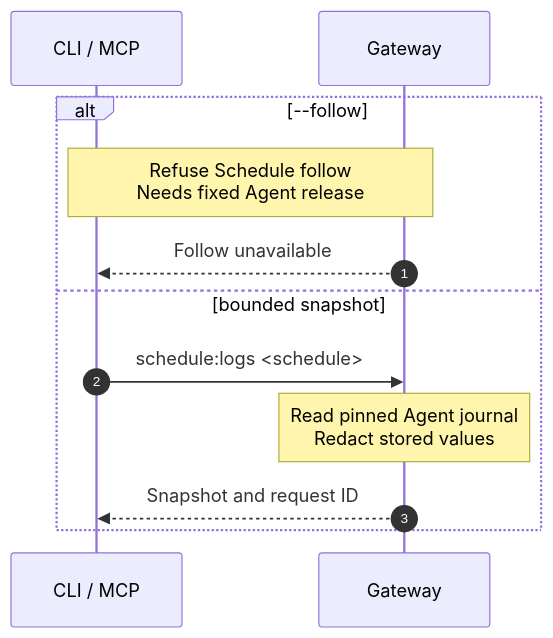
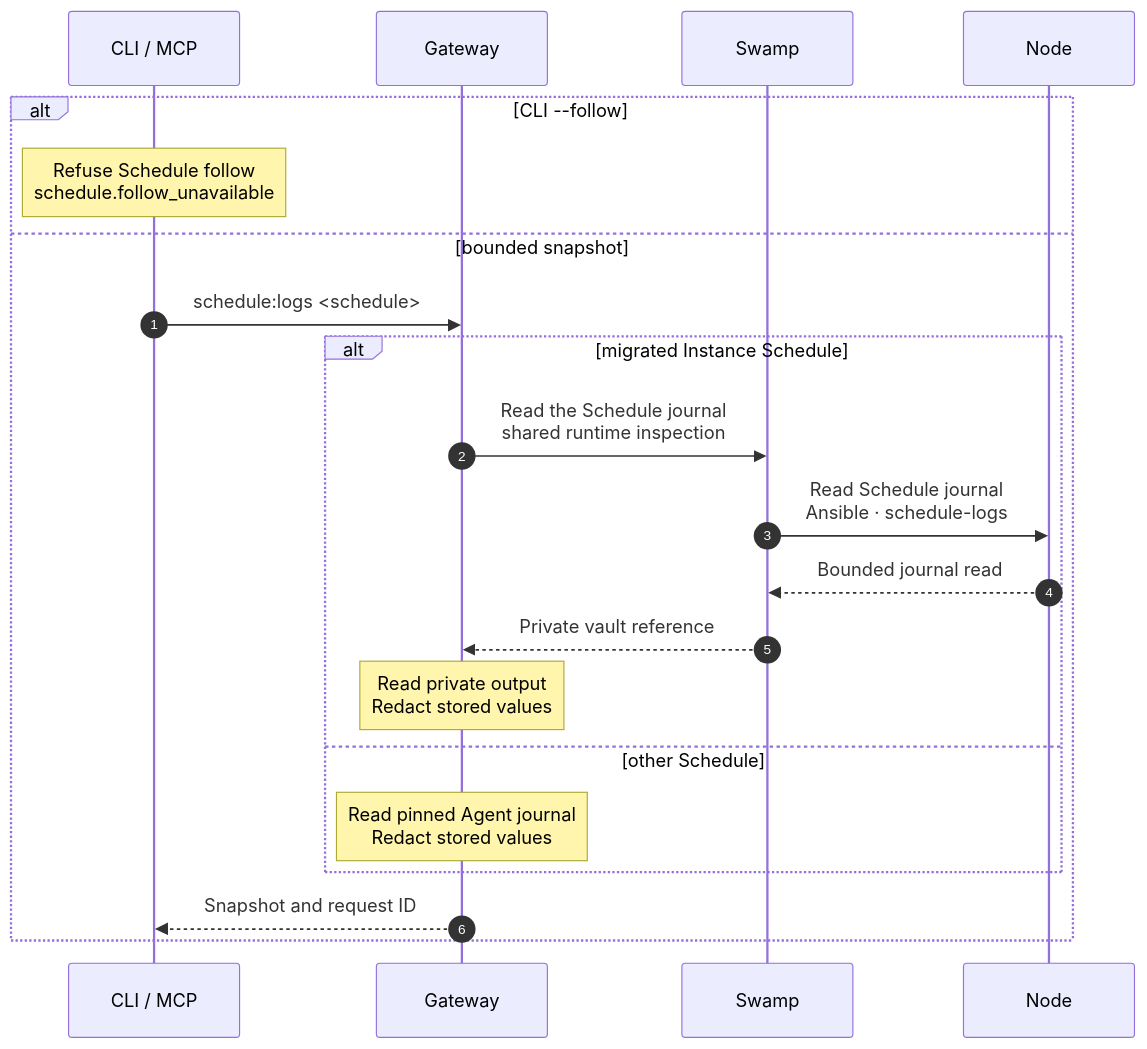
The diagram in docs/cli/schedule/logs.mmd (hardimpactdev/orbit), drawn with Mermaid before and after one commit. The commit also changed 50 other files, not shown here.

```diff
--- a/docs/cli/schedule/logs.mmd
+++ b/docs/cli/schedule/logs.mmd
@@ -1,15 +1,26 @@
 sequenceDiagram
   %% status: draft
   %% command: schedule:logs
   %% kind: schedule.logs
   autonumber
   participant CLI as CLI / MCP
   participant GW as Gateway
-  alt --follow
-    Note over CLI,GW: Refuse Schedule follow<br/>Needs fixed Agent release
-    GW-->>CLI: Follow unavailable
+  participant SW as Swamp
+  participant N as Node
+  alt CLI --follow
+    Note over CLI: Refuse Schedule follow<br/>schedule.follow_unavailable
   else bounded snapshot
     CLI->>GW: schedule:logs <schedule>
-    Note over GW: Read pinned Agent journal<br/>Redact stored values
+    alt migrated Instance Schedule
+      GW->>SW: Read the Schedule journal<br/>shared runtime inspection
+      SW->>N: Read Schedule journal<br/>Ansible · schedule-logs
+      N-->>SW: Bounded journal read
+      %%> Limits:
+      %%> - complete entries within 4 MiB of UTF-8 bytes and the 8 MiB JSON transport limit, with 16 KiB reserved for the envelope
+      SW-->>GW: Private vault reference
+      Note over GW: Read private output<br/>Redact stored values
+    else other Schedule
+      Note over GW: Read pinned Agent journal<br/>Redact stored values
+    end
     GW-->>CLI: Snapshot and request ID
   end
```
